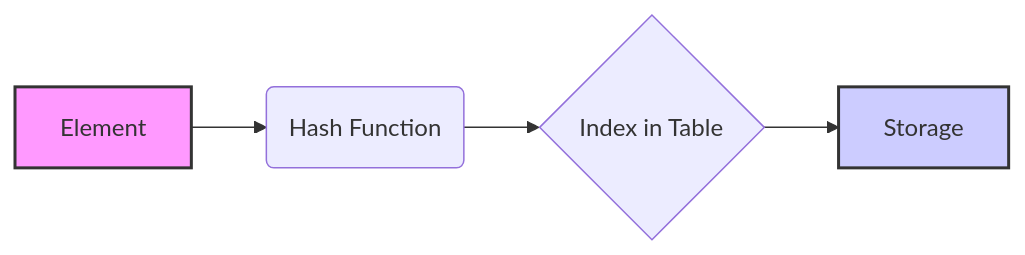
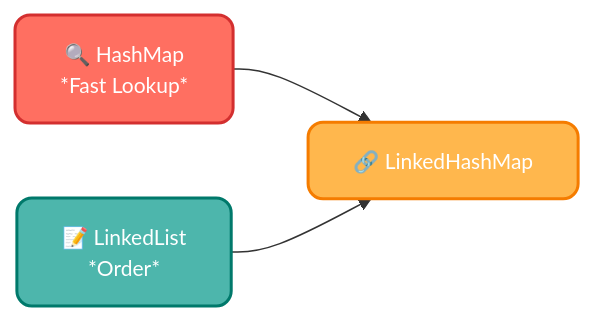
Before and after one commit to infoyouth/infoyouth.github.io: the fifth of 7 diagrams in _posts/2025-01-03-14.-collection-classes-in-java.md, drawn with Mermaid. The commit also changed other lines of this file, not shown here.

````diff
--- a/_posts/2025-01-03-14.-collection-classes-in-java.md
+++ b/_posts/2025-01-03-14.-collection-classes-in-java.md
@@ -520,8 +350,14 @@
 ```mermaid
 graph LR
-    A[Element] --> B(Hash Function);
-    B --> C{Index in Table};
-    C --> D[Storage];
-    style A fill:#f9f,stroke:#333,stroke-width:2px
-    style D fill:#ccf,stroke:#333,stroke-width:2px
+    classDef hashMapStyle fill:#FF6F61,stroke:#D32F2F,color:#FFFFFF,font-size:14px,stroke-width:2px,rx:10px;
+    classDef linkedHashMapStyle fill:#FFB74D,stroke:#F57C00,color:#FFFFFF,font-size:14px,stroke-width:2px,rx:10px;
+    classDef linkedListStyle fill:#4DB6AC,stroke:#00796B,color:#FFFFFF,font-size:14px,stroke-width:2px,rx:10px;
+
+    A[🔍 HashMap <br> *Fast Lookup*] --> B[🔗 LinkedHashMap];
+    C[📝 LinkedList <br> *Order*] --> B;
+
+    class A hashMapStyle;
+    class B linkedHashMapStyle;
+    class C linkedListStyle;
+
 ```
````
